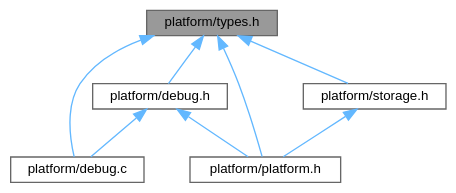
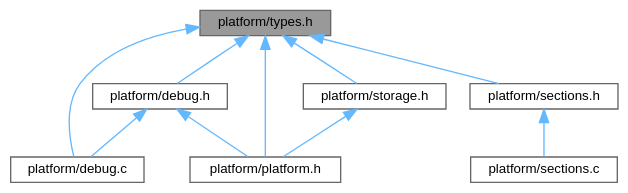
Before and after one commit to ebs-universe/piolib-platform: the diagram in types_8h__dep__incl.dot, drawn with Graphviz. The commit also changed 95 other files, not shown here.

```diff
--- a/types_8h__dep__incl.dot
+++ b/types_8h__dep__incl.dot
@@ -1,20 +1,24 @@
 digraph "platform/types.h"
 {
  // INTERACTIVE_SVG=YES
  // LATEX_PDF_SIZE
   bgcolor="transparent";
   edge [fontname=Helvetica,fontsize=10,labelfontname=Helvetica,labelfontsize=10];
   node [fontname=Helvetica,fontsize=10,shape=box,height=0.2,width=0.4];
   Node1 [id="Node000001",label="platform/types.h",height=0.2,width=0.4,color="gray40", fillcolor="grey60", style="filled", fontcolor="black",tooltip=" "];
   Node1 -> Node2 [id="edge1_Node000001_Node000002",dir="back",color="steelblue1",style="solid",tooltip=" "];
   Node2 [id="Node000002",label="platform/debug.c",height=0.2,width=0.4,color="grey40", fillcolor="white", style="filled",URL="$debug_8c.html",tooltip=" "];
   Node1 -> Node3 [id="edge2_Node000001_Node000003",dir="back",color="steelblue1",style="solid",tooltip=" "];
   Node3 [id="Node000003",label="platform/debug.h",height=0.2,width=0.4,color="grey40", fillcolor="white", style="filled",URL="$debug_8h.html",tooltip=" "];
   Node3 -> Node2 [id="edge3_Node000003_Node000002",dir="back",color="steelblue1",style="solid",tooltip=" "];
   Node3 -> Node4 [id="edge4_Node000003_Node000004",dir="back",color="steelblue1",style="solid",tooltip=" "];
   Node4 [id="Node000004",label="platform/platform.h",height=0.2,width=0.4,color="grey40", fillcolor="white", style="filled",URL="$platform_8h.html",tooltip=" "];
   Node1 -> Node4 [id="edge5_Node000001_Node000004",dir="back",color="steelblue1",style="solid",tooltip=" "];
   Node1 -> Node5 [id="edge6_Node000001_Node000005",dir="back",color="steelblue1",style="solid",tooltip=" "];
-  Node5 [id="Node000005",label="platform/storage.h",height=0.2,width=0.4,color="grey40", fillcolor="white", style="filled",URL="$storage_8h.html",tooltip=" "];
-  Node5 -> Node4 [id="edge7_Node000005_Node000004",dir="back",color="steelblue1",style="solid",tooltip=" "];
+  Node5 [id="Node000005",label="platform/sections.h",height=0.2,width=0.4,color="grey40", fillcolor="white", style="filled",URL="$sections_8h.html",tooltip=" "];
+  Node5 -> Node6 [id="edge7_Node000005_Node000006",dir="back",color="steelblue1",style="solid",tooltip=" "];
+  Node6 [id="Node000006",label="platform/sections.c",height=0.2,width=0.4,color="grey40", fillcolor="white", style="filled",URL="$sections_8c.html",tooltip=" "];
+  Node1 -> Node7 [id="edge8_Node000001_Node000007",dir="back",color="steelblue1",style="solid",tooltip=" "];
+  Node7 [id="Node000007",label="platform/storage.h",height=0.2,width=0.4,color="grey40", fillcolor="white", style="filled",URL="$storage_8h.html",tooltip=" "];
+  Node7 -> Node4 [id="edge9_Node000007_Node000004",dir="back",color="steelblue1",style="solid",tooltip=" "];
 }
```
